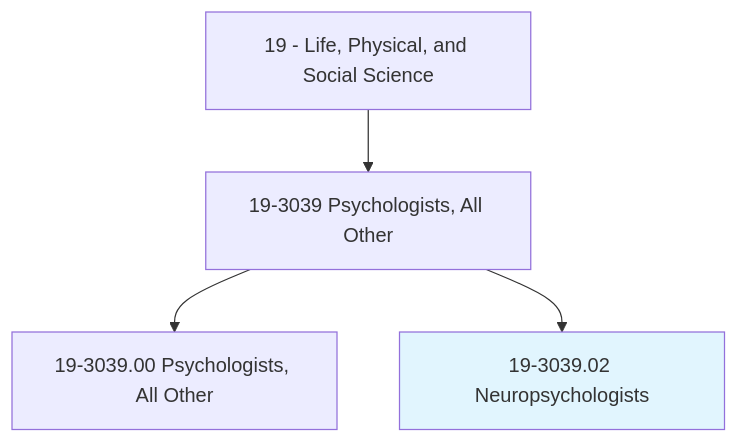
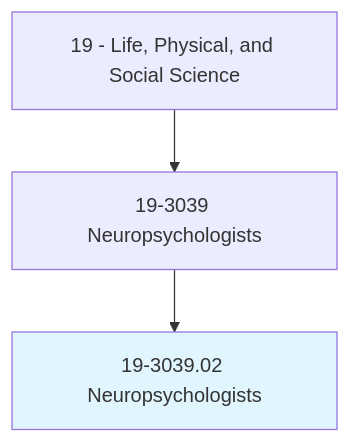
The first of 4 diagrams in occupations/Science/Neuropsychologists.mdx (kziemski/business.org.ai), drawn with Mermaid before and after one commit. The commit also changed other lines of this file and 938 other files, not shown here.

````diff
--- a/occupations/Science/Neuropsychologists.mdx
+++ b/occupations/Science/Neuropsychologists.mdx
@@ -19,7 +23,6 @@
 ```mermaid
 graph TD
-    Cat19["19 - Life, Physical, and Social Science"] --> Group193039["19-3039 Psychologists, All Other"]
-    Group193039 --> Base["19-3039.00 Psychologists, All Other"]
+    Cat19["19 - Life, Physical, and Social Science"] --> Group193039["19-3039 Neuropsychologists"]
     Group193039 --> Current["19-3039.02 Neuropsychologists"]
     style Current fill:#e1f5fe
 ```
````
